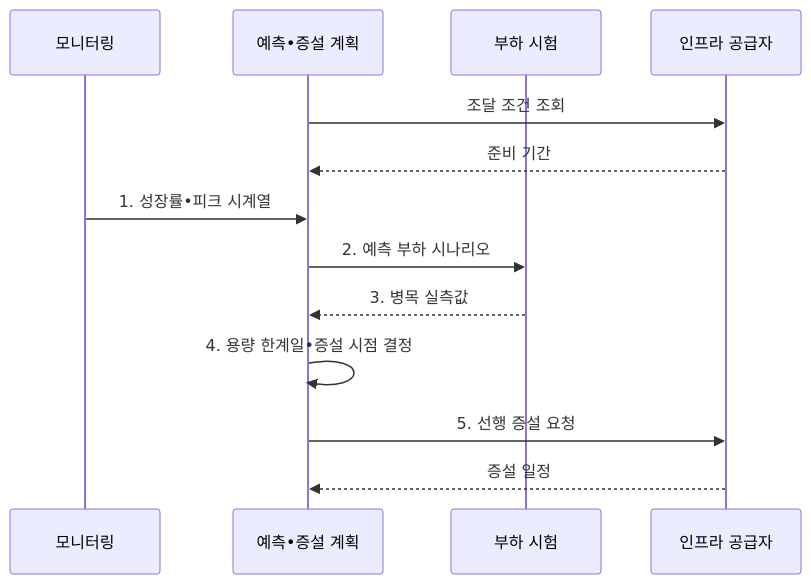
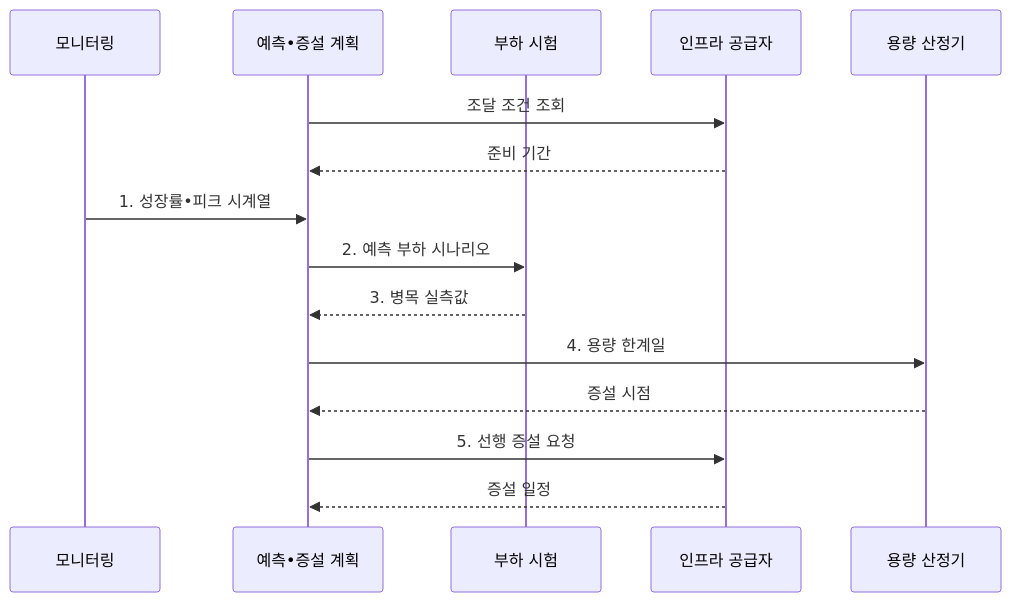
One commit to agnusdei1207/knowledge-base changed the second of 2 diagrams in src/content/docs/notes/03-software/101_db_capacity_planning.md. Above: the diagram before and after it, drawn with Mermaid. The commit also changed other lines of this file and 13 other files, not shown here.

````diff
--- a/src/content/docs/notes/03-software/101_db_capacity_planning.md
+++ b/src/content/docs/notes/03-software/101_db_capacity_planning.md
@@ -118,15 +118,17 @@
 ```mermaid
 sequenceDiagram
     participant M as 모니터링
     participant F as 예측•증설 계획
     participant T as 부하 시험
     participant I as 인프라 공급자
+    participant C as 용량 산정기
     F->>I: 조달 조건 조회
     I-->>F: 준비 기간
     M->>F: 1. 성장률•피크 시계열
     F->>T: 2. 예측 부하 시나리오
     T-->>F: 3. 병목 실측값
-    F->>F: 4. 용량 한계일•증설 시점 결정
+    F->>C: 4. 용량 한계일
+    C-->>F: 증설 시점
     F->>I: 5. 선행 증설 요청
     I-->>F: 증설 일정
 ```
````
